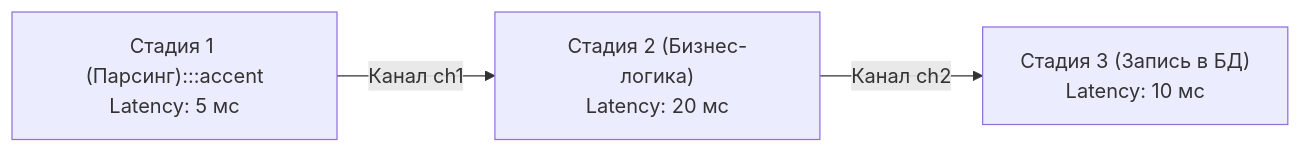
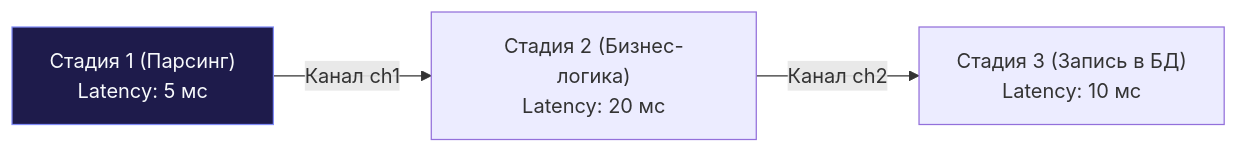
One commit to UnrealTemplier/go-textbook-ru changed the fourth of 4 diagrams in sources/16. Профилирование, отладка и производительность/01. Фундамент/2. Latency vs throughput.md. Above: the diagram before and after it, drawn with Mermaid. The commit also changed 40 other files, not shown here.

First line of the commit message:
fix(mermaid): move :::class out of 48 quoted node labels

````diff
--- a/sources/16. Профилирование, отладка и производительность/01. Фундамент/2. Latency vs throughput.md
+++ b/sources/16. Профилирование, отладка и производительность/01. Фундамент/2. Latency vs throughput.md
@@ -150,15 +150,15 @@
 ```mermaid
 flowchart LR
     classDef process  fill:#1e293b,stroke:#38bdf8,stroke-width:1px,color:#f8fafc
     classDef success  fill:#064e3b,stroke:#34d399,stroke-width:1px,color:#f8fafc
     classDef error    fill:#7f1d1d,stroke:#f87171,stroke-width:1px,color:#f8fafc
     classDef warning  fill:#78350f,stroke:#fbbf24,stroke-width:1px,color:#f8fafc
     classDef entry    fill:#1e3a5f,stroke:#38bdf8,stroke-width:2px,color:#f8fafc
     classDef aux      fill:#334155,stroke:#64748b,stroke-width:1px,color:#f8fafc
     classDef system   fill:#312e81,stroke:#a78bfa,stroke-width:1px,color:#f8fafc
     classDef data     fill:#132d29,stroke:#2dd4bf,stroke-width:1px,color:#f8fafc
     classDef network  fill:#881337,stroke:#fb7185,stroke-width:1px,color:#f8fafc
     classDef accent   fill:#1e1b4b,stroke:#818cf8,stroke-width:1px,color:#f8fafc
-    Stage1["Стадия 1 (Парсинг):::accent<br/>Latency: 5 мс"] -->|Канал ch1| Stage2["Стадия 2 (Бизнес-логика)<br/>Latency: 20 мс"]
+    Stage1["Стадия 1 (Парсинг)<br/>Latency: 5 мс"]:::accent -->|Канал ch1| Stage2["Стадия 2 (Бизнес-логика)<br/>Latency: 20 мс"]
     Stage2 -->|Канал ch2| Stage3["Стадия 3 (Запись в БД)<br/>Latency: 10 мс"]
 ```
````
